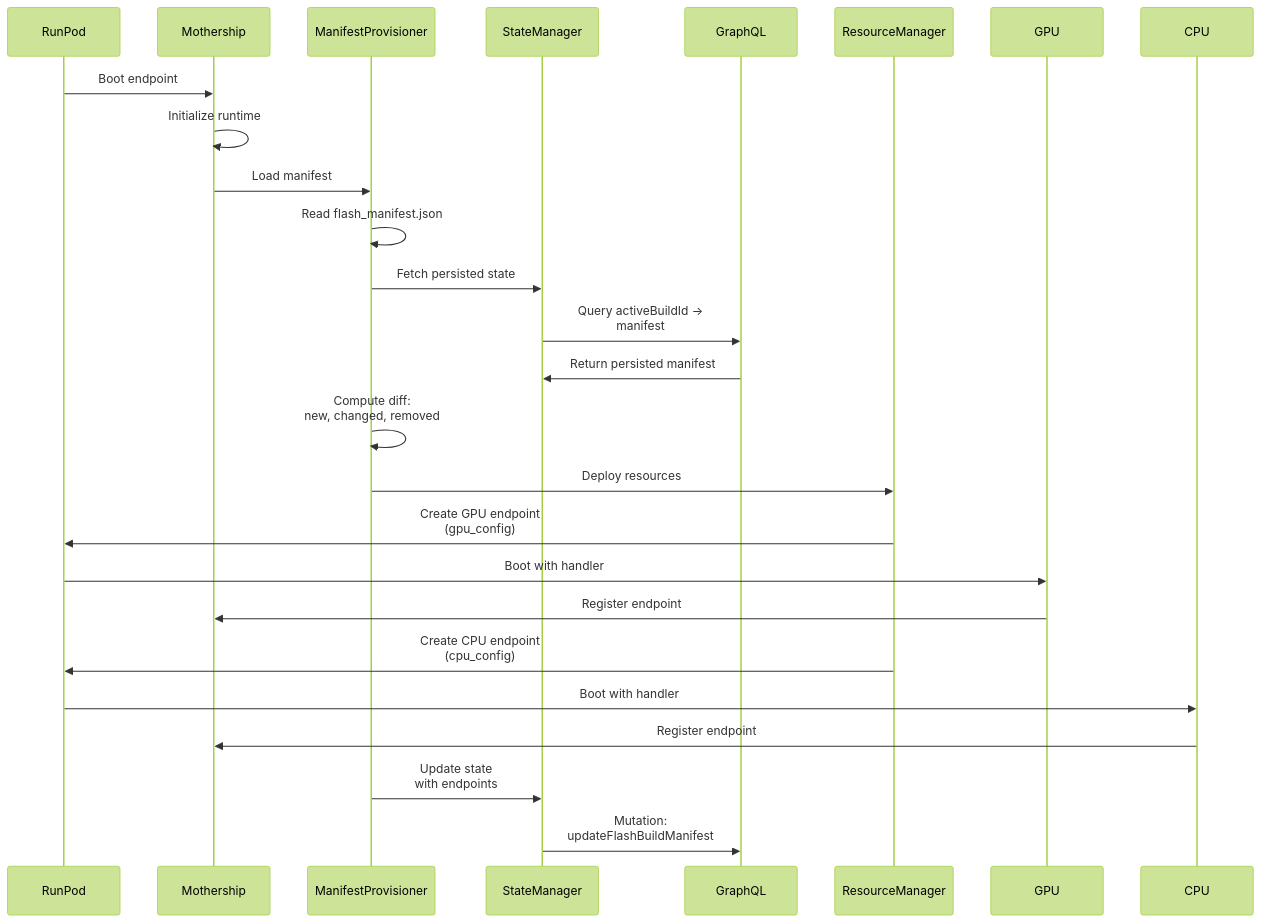
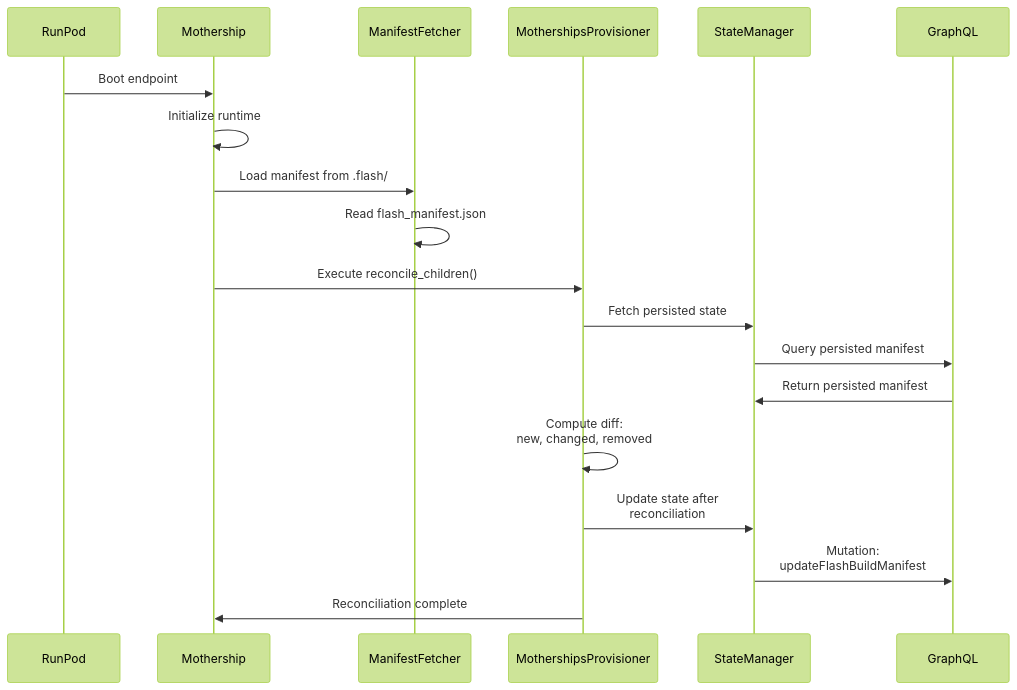
The fourth of 9 diagrams in docs/Flash_Deploy_Guide.md (runpod/tetra-rp), drawn with Mermaid (forest theme) before and after one commit. The commit also changed other lines of this file and 5 other files, not shown here.

First line of the commit message:
refactor: remove legacy /manifest endpoint and update deployment documentation

````diff
--- a/docs/Flash_Deploy_Guide.md
+++ b/docs/Flash_Deploy_Guide.md
@@ -300,20 +298,15 @@
 ```mermaid
 sequenceDiagram
     RunPod->>Mothership: Boot endpoint
     Mothership->>Mothership: Initialize runtime
-    Mothership->>ManifestProvisioner: Load manifest
-    ManifestProvisioner->>ManifestProvisioner: Read flash_manifest.json
-    ManifestProvisioner->>StateManager: Fetch persisted state
-    StateManager->>GraphQL: Query activeBuildId →<br/>manifest
+    Mothership->>ManifestFetcher: Load manifest from .flash/
+    ManifestFetcher->>ManifestFetcher: Read flash_manifest.json
+    Mothership->>MothershipsProvisioner: Execute reconcile_children()
+    MothershipsProvisioner->>StateManager: Fetch persisted state
+    StateManager->>GraphQL: Query persisted manifest
     GraphQL->>StateManager: Return persisted manifest
-    ManifestProvisioner->>ManifestProvisioner: Compute diff:<br/>new, changed, removed
-    ManifestProvisioner->>ResourceManager: Deploy resources
-    ResourceManager->>RunPod: Create GPU endpoint<br/>(gpu_config)
-    RunPod->>GPU: Boot with handler
-    GPU->>Mothership: Register endpoint
-    ResourceManager->>RunPod: Create CPU endpoint<br/>(cpu_config)
-    RunPod->>CPU: Boot with handler
-    CPU->>Mothership: Register endpoint
-    ManifestProvisioner->>StateManager: Update state<br/>with endpoints
+    MothershipsProvisioner->>MothershipsProvisioner: Compute diff:<br/>new, changed, removed
+    MothershipsProvisioner->>StateManager: Update state after<br/>reconciliation
     StateManager->>GraphQL: Mutation:<br/>updateFlashBuildManifest
+    MothershipsProvisioner->>Mothership: Reconciliation complete
 ```
````
